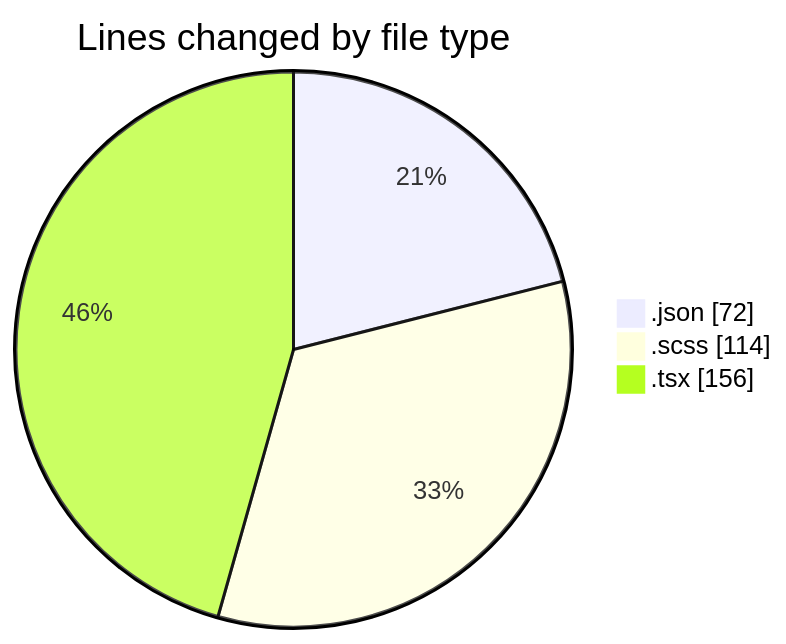
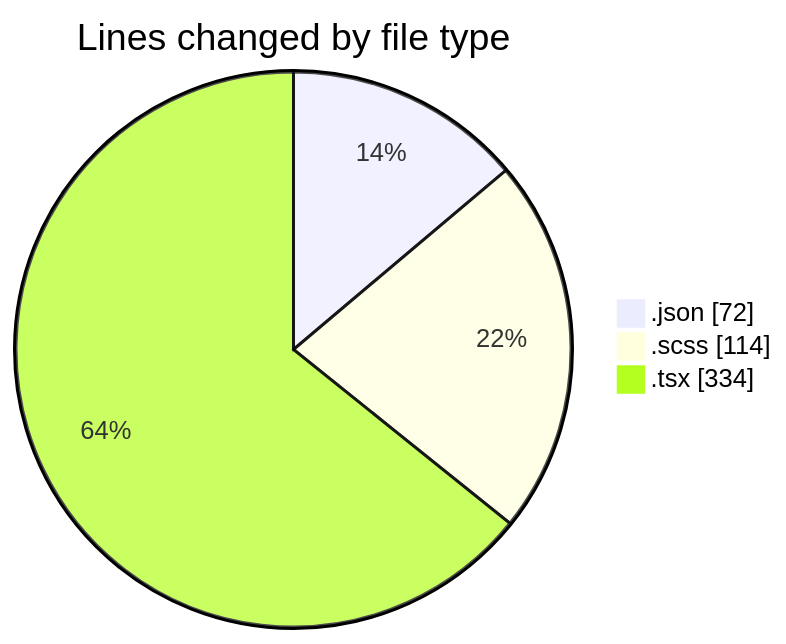
Before and after one commit to momahboobian/code-tracking: the first of 2 diagrams in 2026-10-12/cda/README.md, drawn with Mermaid. The commit also changed other lines of this file and 1 other file, not shown here.

````diff
--- a/2026-10-12/cda/README.md
+++ b/2026-10-12/cda/README.md
@@ -23,7 +24,7 @@
 ```mermaid
 pie showData
 title Lines changed by file type
 ".json" : 72
 ".scss" : 114
-".tsx" : 156
+".tsx" : 334
 ```
````
